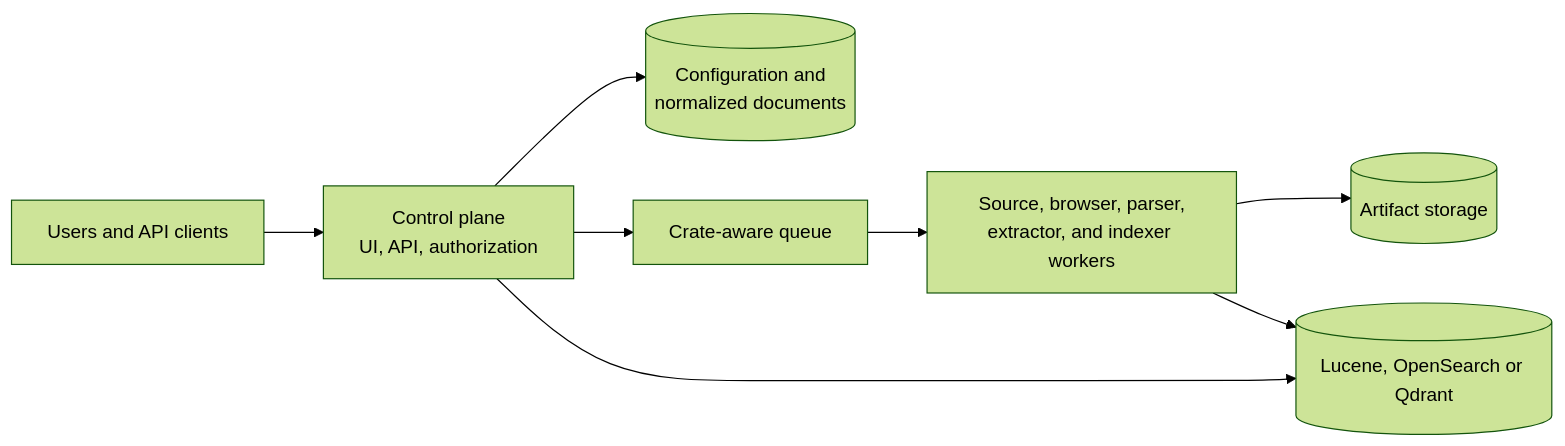
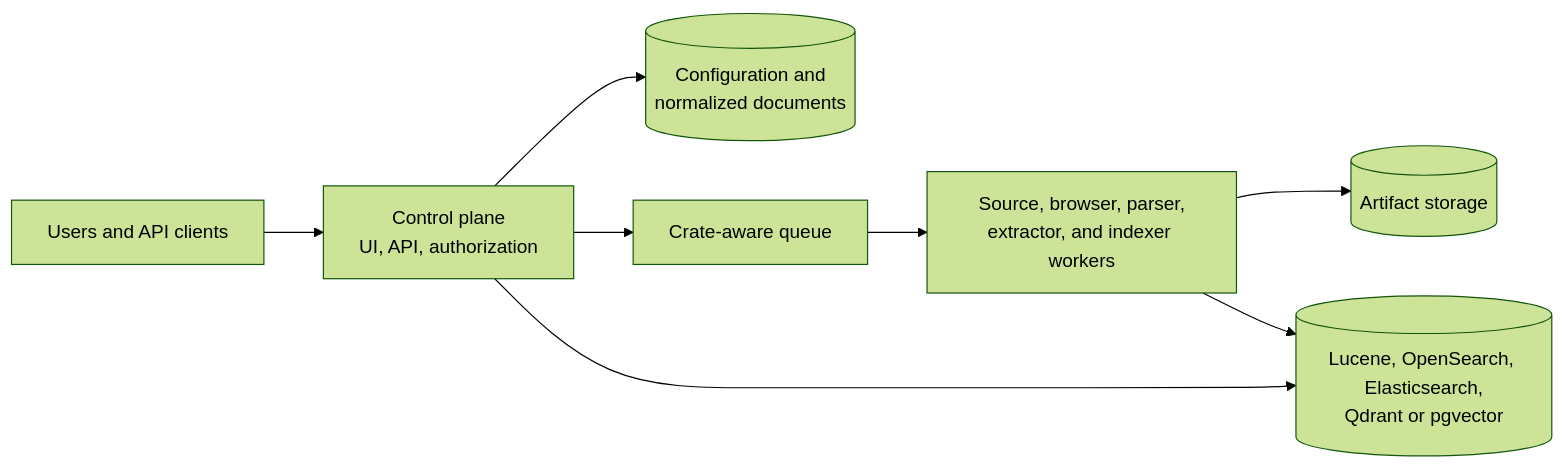
The first of 2 diagrams in README.md (wenisch-tech/ContextCrate), drawn with Mermaid (forest theme) before and after one commit. The commit also changed other lines of this file and 32 other files, not shown here.

Commit message:
feat; added support for pgvector and elasticsearch

````diff
--- a/README.md
+++ b/README.md
@@ -77,10 +77,10 @@
 ```mermaid
 flowchart LR
   U[Users and API clients] --> C["Control plane<br/>UI, API, authorization"]
   C --> D[("Configuration and<br/>normalized documents")]
   C --> Q[Crate-aware queue]
   Q --> W["Source, browser, parser,<br/>extractor, and indexer workers"]
   W --> A[(Artifact storage)]
-  W --> I[(Lucene, OpenSearch or Qdrant)]
+  W --> I[(Lucene, OpenSearch, Elasticsearch,<br/>Qdrant or pgvector)]
   C --> I
 ```
````
